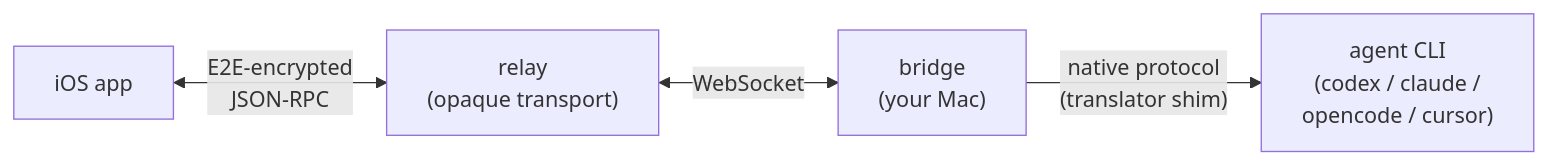
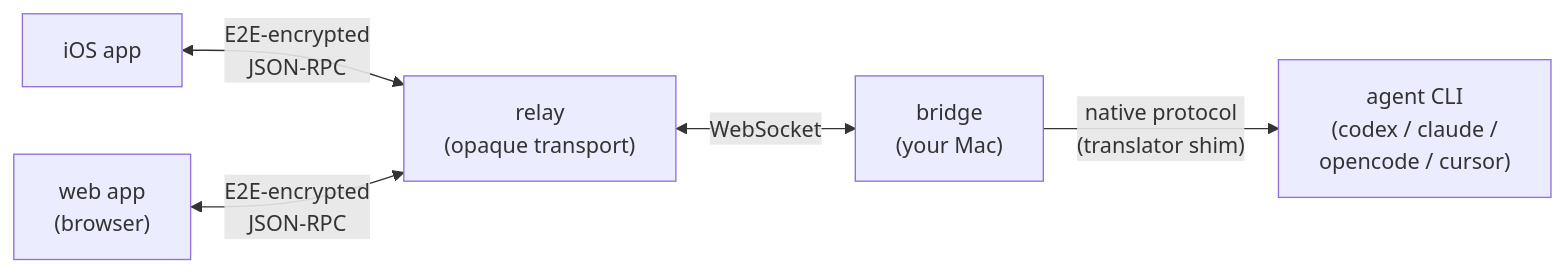
Before and after one commit to smeltery/agnt: the diagram in README.md, drawn with Mermaid. The commit also changed other lines of this file and 48 other files, not shown here.

````diff
--- a/README.md
+++ b/README.md
@@ -11,11 +11,13 @@
 ```mermaid
 flowchart LR
     iOS["iOS app"]
+    Web["web app<br/>(browser)"]
     Relay["relay<br/>(opaque transport)"]
     Bridge["bridge<br/>(your Mac)"]
     CLI["agent CLI<br/>(codex / claude /<br/>opencode / cursor)"]
 
     iOS <-->|"E2E-encrypted<br/>JSON-RPC"| Relay
+    Web <-->|"E2E-encrypted<br/>JSON-RPC"| Relay
     Relay <-->|"WebSocket"| Bridge
     Bridge -->|"native protocol<br/>(translator shim)"| CLI
 ```
````
